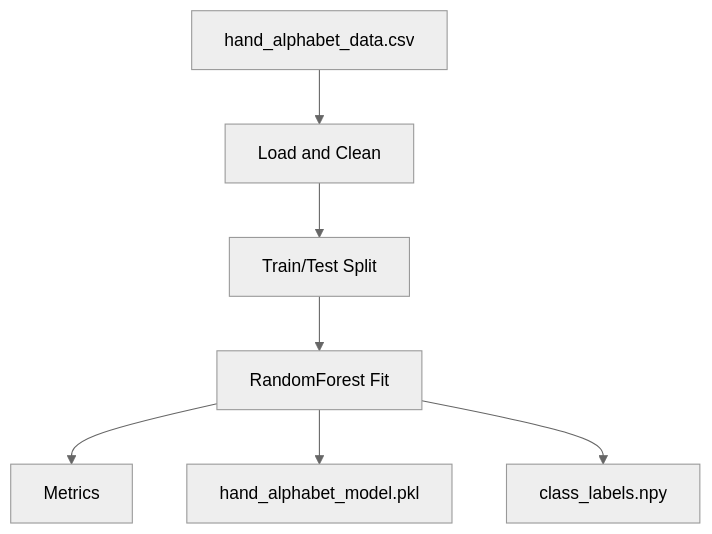
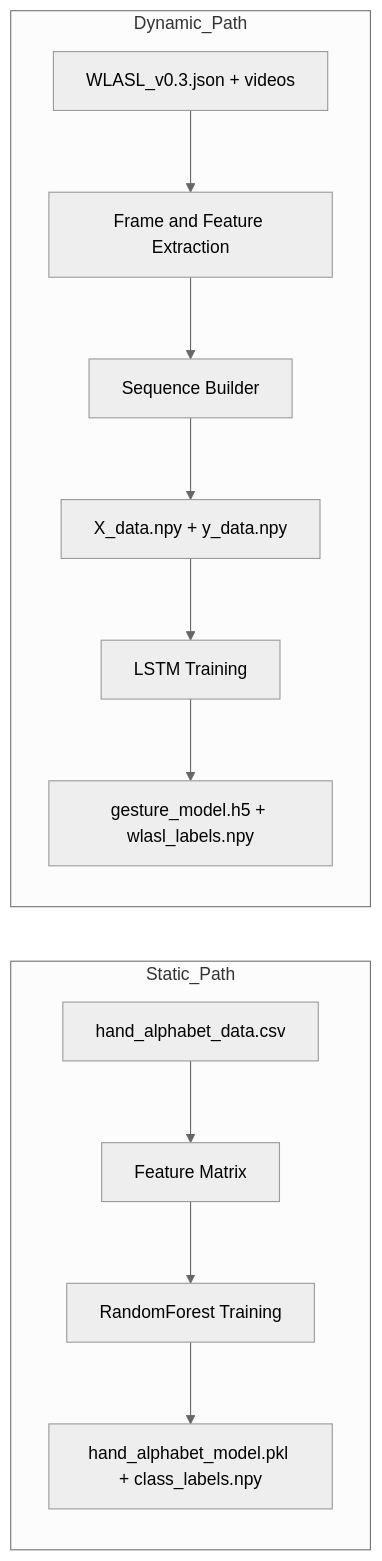
One commit to RishiStudies/hand_sign_detection_dynamic changed the fourth of 7 diagrams in README.md. Above: the diagram before and after it, drawn with Mermaid (neutral theme). The commit also changed other lines of this file, not shown here.

First line of the commit message:
Revise README: add quickstart, diagrams, usage

````diff
--- a/README.md
+++ b/README.md
@@ -99,9 +131,21 @@
 ```mermaid
-flowchart TD
-  A[hand_alphabet_data.csv] --> B[Load and Clean]
-  B --> C[Train/Test Split]
-  C --> D[RandomForest Fit]
-  D --> E[Metrics]
-  D --> F[hand_alphabet_model.pkl]
-  D --> G[class_labels.npy]
+flowchart LR
+  subgraph Static_Path
+    S1[hand_alphabet_data.csv]
+    S2[Feature Matrix]
+    S3[RandomForest Training]
+    S4[hand_alphabet_model.pkl + class_labels.npy]
+  end
+
+  subgraph Dynamic_Path
+    D1[WLASL_v0.3.json + videos]
+    D2[Frame and Feature Extraction]
+    D3[Sequence Builder]
+    D4[X_data.npy + y_data.npy]
+    D5[LSTM Training]
+    D6[gesture_model.h5 + wlasl_labels.npy]
+  end
+
+  S1 --> S2 --> S3 --> S4
+  D1 --> D2 --> D3 --> D4 --> D5 --> D6
 ```
````
